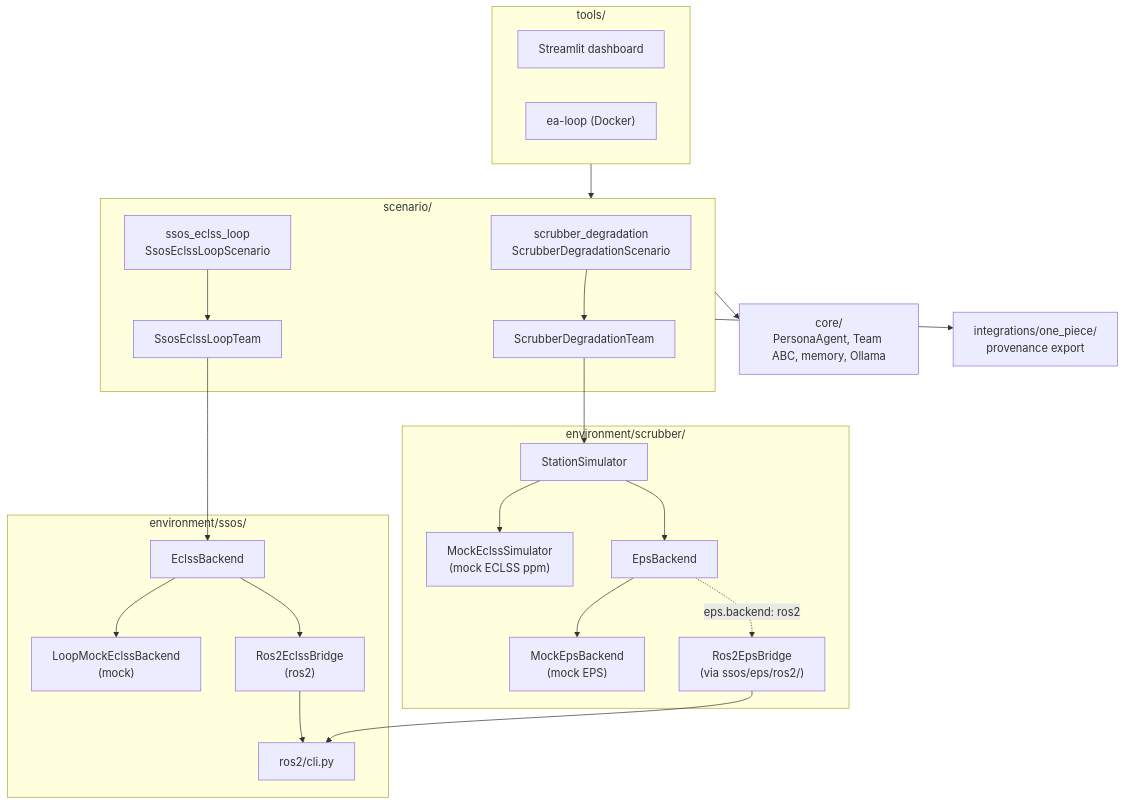
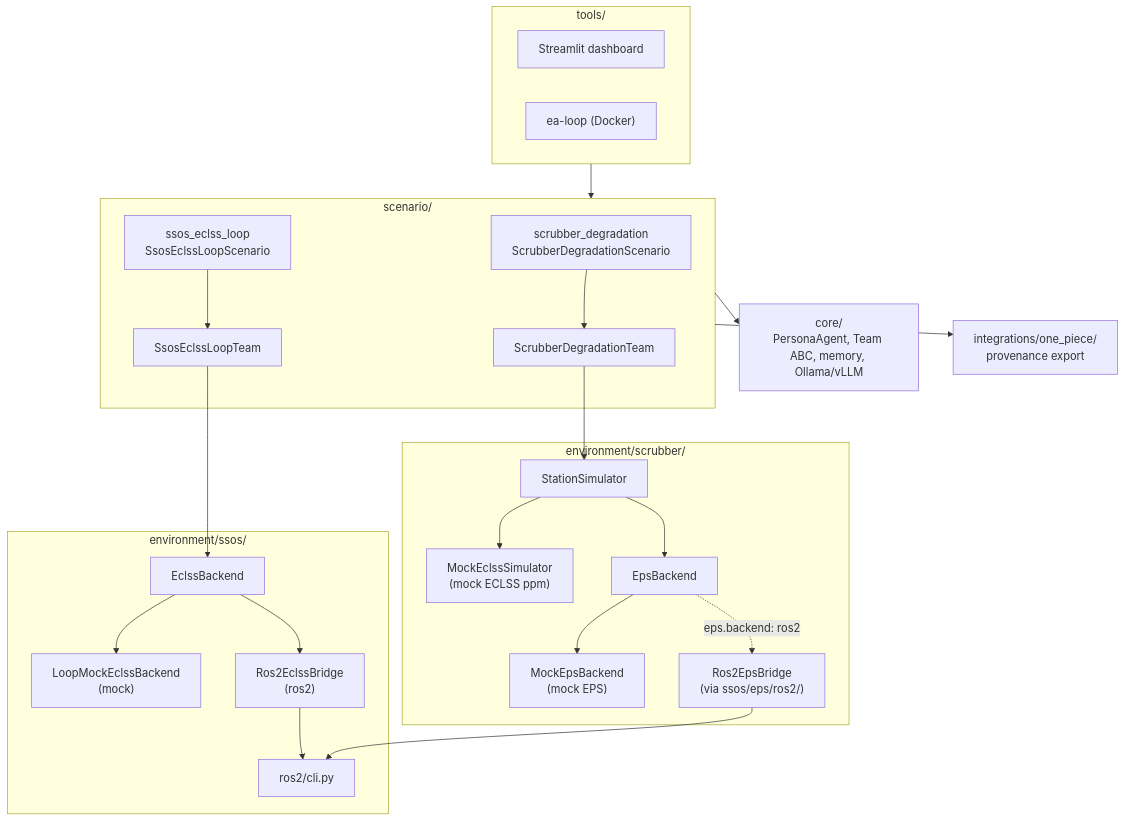
The first of 5 diagrams in docs/en/architecture.md (Hop-Step-Jump/singulab-hakkason2nd-engineering_agent), drawn with Mermaid before and after one commit. The commit also changed other lines of this file and 43 other files, not shown here.

````diff
--- a/docs/en/architecture.md
+++ b/docs/en/architecture.md
@@ -59,48 +59,48 @@
 ```mermaid
 flowchart TB
   subgraph tools ["tools/"]
     Dashboard["Streamlit dashboard"]
     EALoop["ea-loop (Docker)"]
   end
 
   subgraph scenario ["scenario/"]
     SD["scrubber_degradation<br/>ScrubberDegradationScenario"]
     SE["ssos_eclss_loop<br/>SsosEclssLoopScenario"]
     SDT["ScrubberDegradationTeam"]
     SET["SsosEclssLoopTeam"]
   end
 
   subgraph scrubber_env ["environment/scrubber/"]
     SS["StationSimulator"]
     ME["MockEclssSimulator<br/>(mock ECLSS ppm)"]
     EPS["EpsBackend"]
     MEP["MockEpsBackend<br/>(mock EPS)"]
     REP["Ros2EpsBridge<br/>(via ssos/eps/ros2/)"]
   end
 
   subgraph ssos_env ["environment/ssos/"]
     CLI["ros2/cli.py"]
     EB["EclssBackend"]
     LME["LoopMockEclssBackend<br/>(mock)"]
     REB["Ros2EclssBridge<br/>(ros2)"]
   end
 
-  core["core/<br/>PersonaAgent, Team ABC, memory, Ollama"]
+  core["core/<br/>PersonaAgent, Team ABC, memory, Ollama/vLLM"]
   OP["integrations/one_piece/<br/>provenance export"]
 
   tools --> scenario
   SD --> SDT
   SE --> SET
   SDT --> SS
   SET --> EB
   SS --> ME
   SS --> EPS
   EPS --> MEP
   EPS -.->|"eps.backend: ros2"| REP
   EB --> LME
   EB --> REB
   REB --> CLI
   REP --> CLI
   scenario --> core
   scenario --> OP
 ```
````
